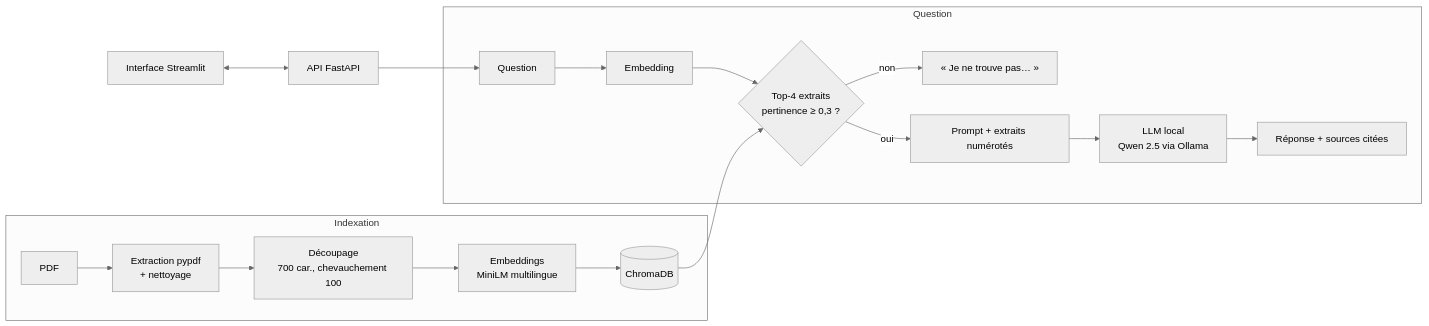
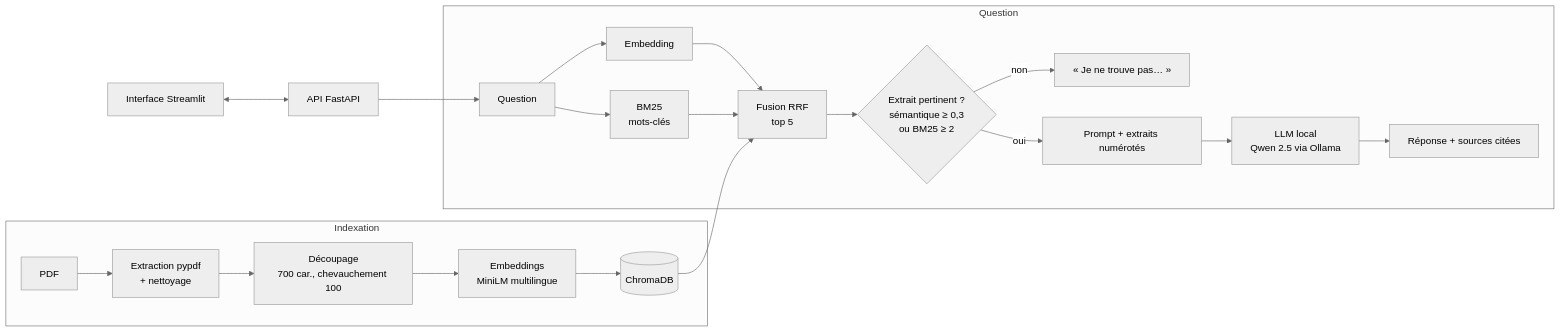
The diagram in README.md (mohammed-mrabet/documind), drawn with Mermaid (neutral theme) before and after one commit. The commit also changed other lines of this file and 9 other files, not shown here.

Commit message:
Recherche hybride BM25 + embeddings (RRF), titre du document dans chaque extrait, prompt amélioré

````diff
--- a/README.md
+++ b/README.md
@@ -26,14 +26,16 @@
 ```mermaid
 flowchart LR
     subgraph Indexation
         PDF[PDF] --> L[Extraction pypdf<br/>+ nettoyage] --> S[Découpage<br/>700 car., chevauchement 100]
         S --> E1[Embeddings<br/>MiniLM multilingue] --> DB[(ChromaDB)]
     end
     subgraph Question
-        Q[Question] --> E2[Embedding] --> R{Top-4 extraits<br/>pertinence ≥ 0,3 ?}
-        DB --> R
+        Q[Question] --> E2[Embedding] --> F[Fusion RRF<br/>top 5]
+        Q --> B[BM25<br/>mots-clés] --> F
+        DB --> F
+        F --> R{Extrait pertinent ?<br/>sémantique ≥ 0,3<br/>ou BM25 ≥ 2}
         R -- non --> NF[« Je ne trouve pas… »]
         R -- oui --> P[Prompt + extraits numérotés] --> LLM[LLM local<br/>Qwen 2.5 via Ollama] --> A[Réponse + sources citées]
     end
     UI[Interface Streamlit] <--> API[API FastAPI] --> Q
 ```
````
